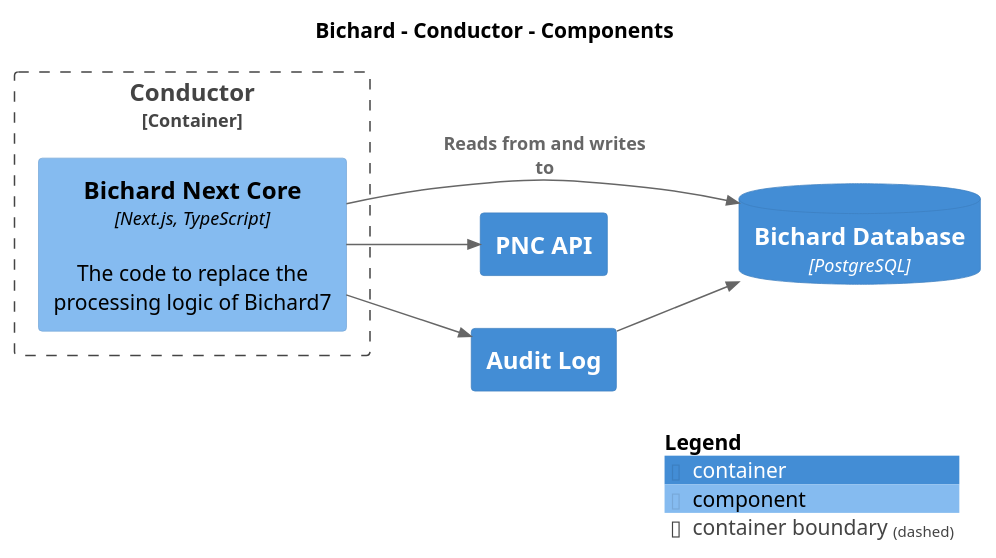
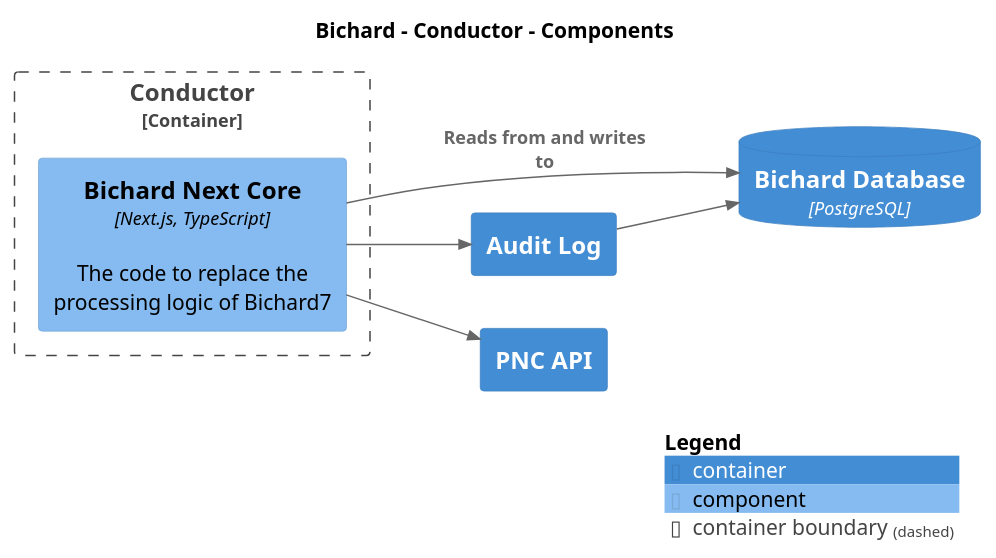
The diagram in main/puml/Component-001.puml (ministryofjustice/bichard7-next-core), drawn with PlantUML before and after one commit. The commit also changed other lines of this file and 19 other files, not shown here.

```diff
--- a/main/puml/Component-001.puml
+++ b/main/puml/Component-001.puml
@@ -1,26 +1,26 @@
 @startuml
 set separator none
 title Bichard - Conductor - Components
 
 left to right direction
 
 !include <C4/C4>
 !include <C4/C4_Context>
 !include <C4/C4_Container>
 !include <C4/C4_Component>
 
 ContainerDb(Bichard.BichardDatabase, "Bichard Database", $techn="PostgreSQL", $descr="", $tags="", $link="")
+Container(Bichard.AuditLog, "Audit Log", $techn="", $descr="", $tags="", $link="")
 Container(Bichard.PNCAPI, "PNC API", $techn="", $descr="", $tags="", $link="")
-Container(Bichard.AuditLog, "Audit Log", $techn="", $descr="", $tags="", $link="")
 
 Container_Boundary("Bichard.Conductor_boundary", "Conductor", $tags="") {
   Component(Bichard.Conductor.BichardNextCore, "Bichard Next Core", $techn="Next.js, TypeScript", $descr="The code to replace the processing logic of Bichard7", $tags="", $link="")
 }
 
 Rel(Bichard.AuditLog, Bichard.BichardDatabase, "", $techn="", $tags="", $link="")
 Rel(Bichard.Conductor.BichardNextCore, Bichard.AuditLog, "", $techn="", $tags="", $link="")
 Rel(Bichard.Conductor.BichardNextCore, Bichard.BichardDatabase, "Reads from and writes to", $techn="", $tags="", $link="")
 Rel(Bichard.Conductor.BichardNextCore, Bichard.PNCAPI, "", $techn="", $tags="", $link="")
 
 SHOW_LEGEND(true)
 @enduml
```
